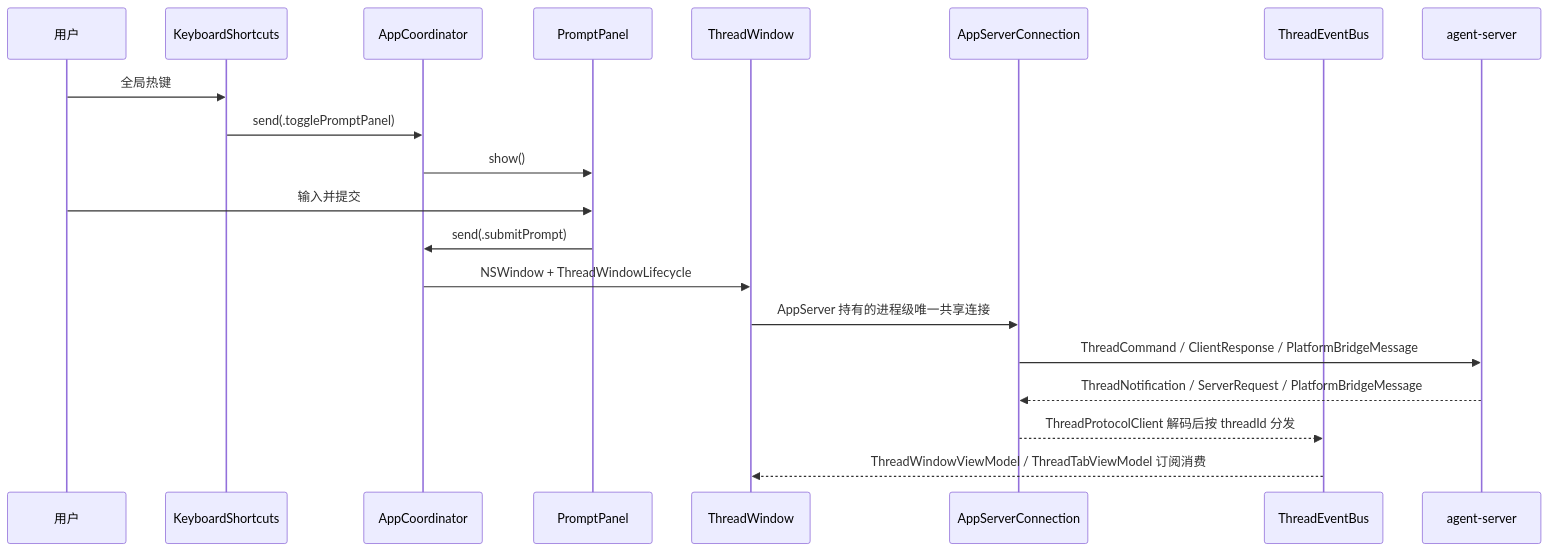
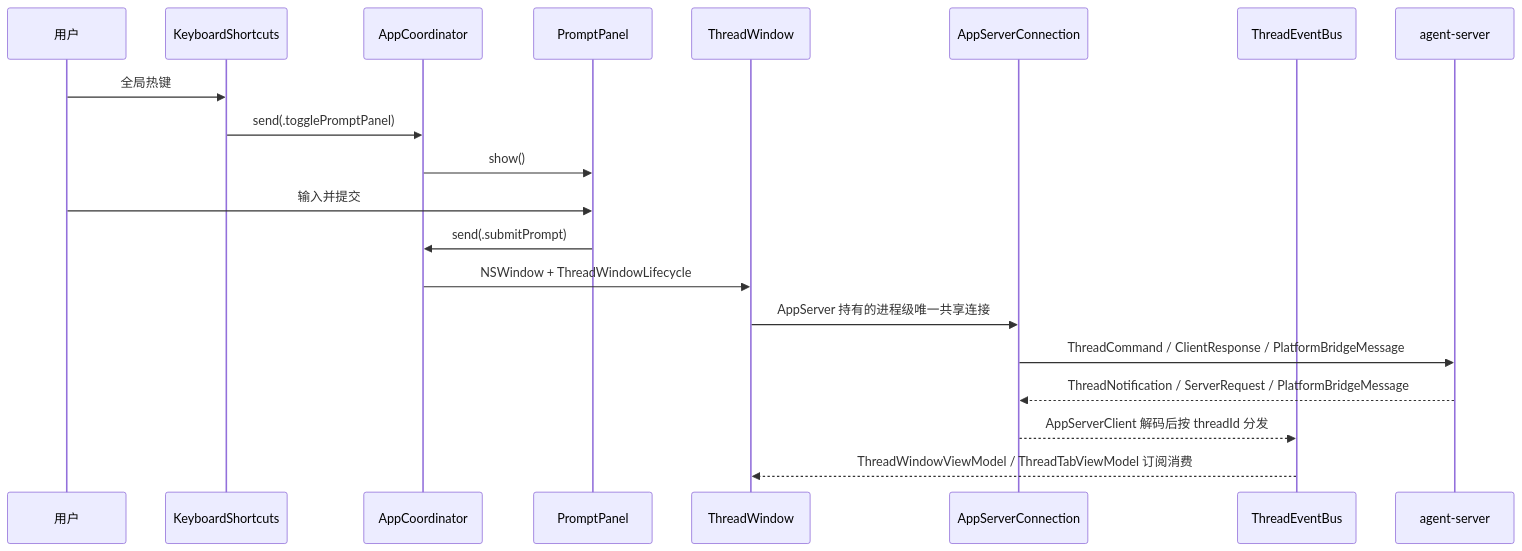
The second of 2 diagrams in apps/desktop/desktop.md (Lixuhang987/SpotAgent), drawn with Mermaid before and after one commit. The commit also changed other lines of this file and 12 other files, not shown here.

Commit message:
refactor: expose thread semantics through app server

````diff
--- a/apps/desktop/desktop.md
+++ b/apps/desktop/desktop.md
@@ -100,23 +100,23 @@
 ```mermaid
 sequenceDiagram
   participant User as 用户
   participant Hotkey as KeyboardShortcuts
   participant Coord as AppCoordinator
   participant Panel as PromptPanel
   participant Window as ThreadWindow
   participant Conn as AppServerConnection
   participant Bus as ThreadEventBus
   participant Server as agent-server
 
   User->>Hotkey: 全局热键
   Hotkey->>Coord: send(.togglePromptPanel)
   Coord->>Panel: show()
   User->>Panel: 输入并提交
   Panel->>Coord: send(.submitPrompt)
   Coord->>Window: NSWindow + ThreadWindowLifecycle
   Window->>Conn: AppServer 持有的进程级唯一共享连接
   Conn->>Server: ThreadCommand / ClientResponse / PlatformBridgeMessage
   Server-->>Conn: ThreadNotification / ServerRequest / PlatformBridgeMessage
-  Conn-->>Bus: ThreadProtocolClient 解码后按 threadId 分发
+  Conn-->>Bus: AppServerClient 解码后按 threadId 分发
   Bus-->>Window: ThreadWindowViewModel / ThreadTabViewModel 订阅消费
 ```
````
